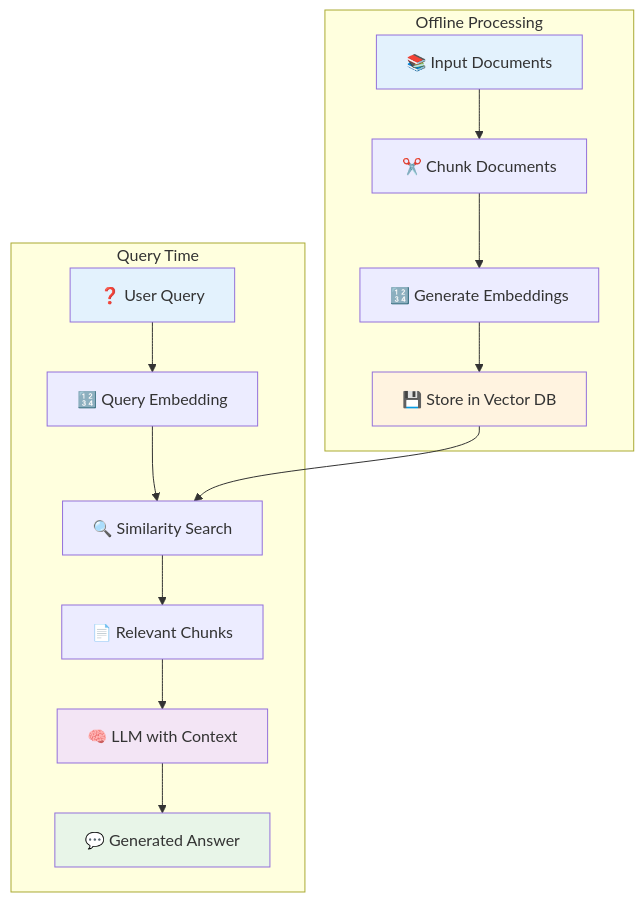
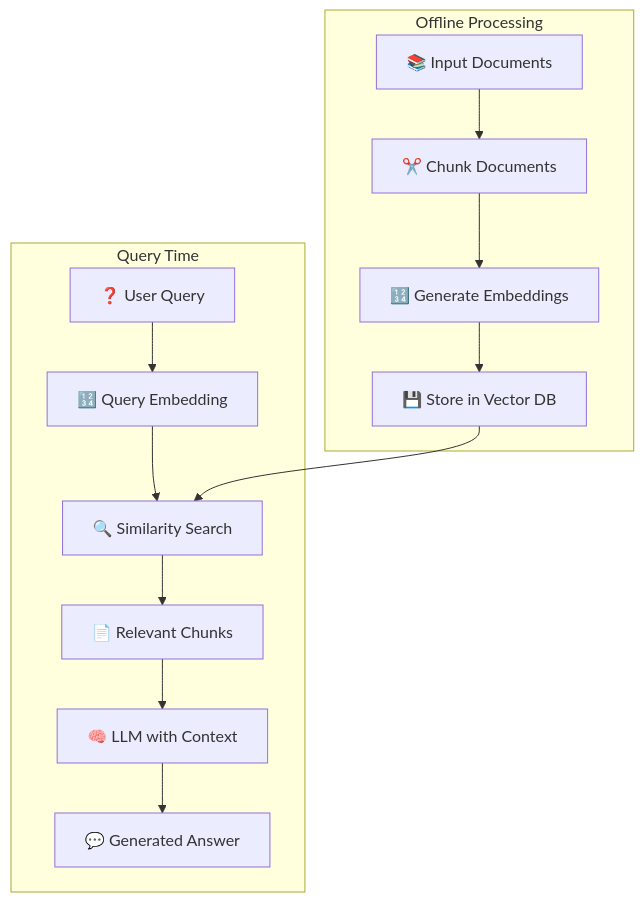
Before and after one commit to beirern/Personal-Website: the second of 5 diagrams in src/content/posts/aviation-docs-project.md, drawn with Mermaid. The commit also changed other lines of this file and 1 other file, not shown here.

Commit message:
Remove old project and fix diagram contrast

````diff
--- a/src/content/posts/aviation-docs-project.md
+++ b/src/content/posts/aviation-docs-project.md
@@ -83,35 +79,30 @@
 ```mermaid
 graph TD
     A[📚 Input Documents] --> B[✂️ Chunk Documents]
     B --> C[🔢 Generate Embeddings]
     C --> D[💾 Store in Vector DB]
     
     E[❓ User Query] --> F[🔢 Query Embedding]
     F --> G[🔍 Similarity Search]
     D --> G
     G --> H[📄 Relevant Chunks]
     H --> I[🧠 LLM with Context]
     I --> J[💬 Generated Answer]
     
     subgraph "Offline Processing"
         A
         B
         C
         D
     end
     
     subgraph "Query Time"
         E
         F
         G
         H
         I
         J
     end
     
-    style A fill:#e3f2fd
-    style E fill:#e3f2fd
-    style J fill:#e8f5e8
-    style D fill:#fff3e0
-    style I fill:#f3e5f5
 ```
````
